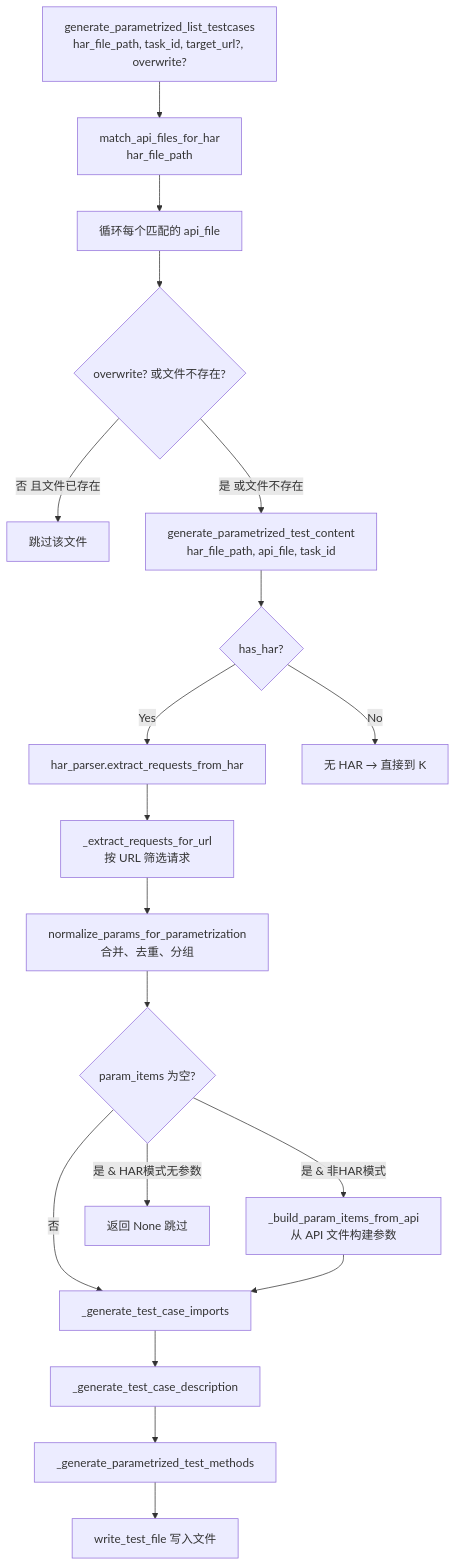
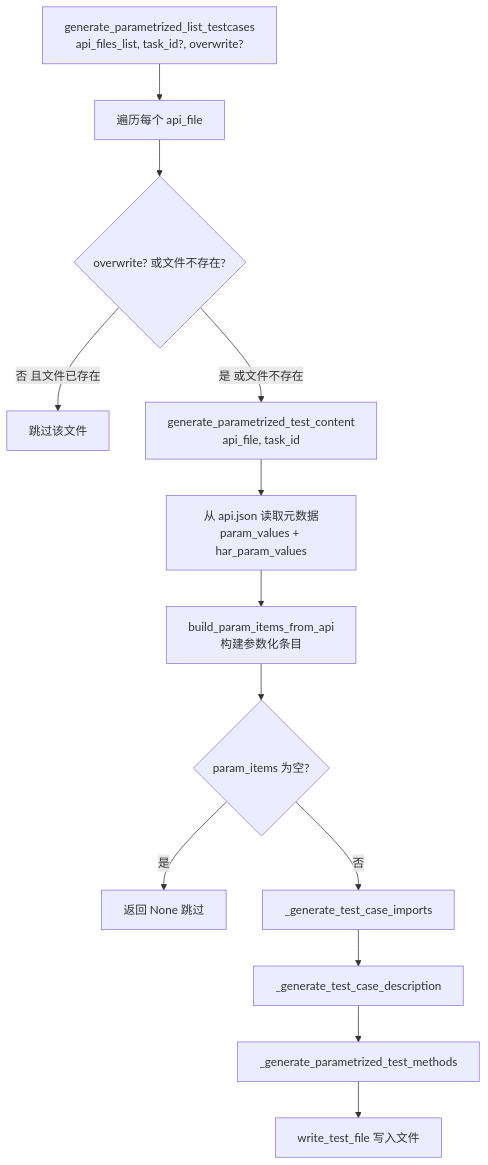
The first of 3 diagrams in docs/testcase_generation_modes.md (hewei198711/har2pytest), drawn with Mermaid before and after one commit. The commit also changed other lines of this file and 47 other files, not shown here.

Commit message:
测试用例生成器模块化重构：拆分为 param_builder/parametrized_codegen/scenario_codegen/time_pair/utils 五个协作模块 HAR 元数据体系完善：har_params 源头补齐、har_time_pairs 时间对元数据 时间参数动态计算：无 Swagger 场景 datetime 动态计算，方法体时间参数置 "" --overwrite 语义简化：整文件覆盖，不再复用旧 constant_params test_0 应用 constant_params：探测请求与参数化方法体取同一基准

````diff
--- a/docs/testcase_generation_modes.md
+++ b/docs/testcase_generation_modes.md
@@ -23,21 +23,15 @@
 ```mermaid
 flowchart TD
-    A[generate_parametrized_list_testcases<br/>har_file_path, task_id, target_url?, overwrite?] --> B[match_api_files_for_har<br/>har_file_path]
-    B --> C[循环每个匹配的 api_file]
-    C --> D{overwrite? 或文件不存在?}
-    D -->|否 且文件已存在| E[跳过该文件]
-    D -->|是 或文件不存在| F[generate_parametrized_test_content<br/>har_file_path, api_file, task_id]
-    F --> G{has_har?}
-    G -->|Yes| H[har_parser.extract_requests_from_har]
-    H --> I[_extract_requests_for_url<br/>按 URL 筛选请求]
-    I --> J[normalize_params_for_parametrization<br/>合并、去重、分组]
-    J --> K{param_items 为空?}
-    G -->|No| L[无 HAR → 直接到 K]
-    K -->|是 & 非HAR模式| M[_build_param_items_from_api<br/>从 API 文件构建参数]
-    K -->|是 & HAR模式无参数| N[返回 None 跳过]
-    K -->|否| O[_generate_test_case_imports]
-    M --> O
-    O --> P[_generate_test_case_description]
-    P --> R[_generate_parametrized_test_methods]
-    R --> S[write_test_file 写入文件]
+    A[generate_parametrized_list_testcases<br/>api_files_list, task_id?, overwrite?] --> B[遍历每个 api_file]
+    B --> C{overwrite? 或文件不存在?}
+    C -->|否 且文件已存在| D[跳过该文件]
+    C -->|是 或文件不存在| E[generate_parametrized_test_content<br/>api_file, task_id]
+    E --> F[从 api.json 读取元数据<br/>param_values + har_param_values]
+    F --> G[build_param_items_from_api<br/>构建参数化条目]
+    G --> H{param_items 为空?}
+    H -->|是| I[返回 None 跳过]
+    H -->|否| J[_generate_test_case_imports]
+    J --> K[_generate_test_case_description]
+    K --> L[_generate_parametrized_test_methods]
+    L --> M[write_test_file 写入文件]
 ```
````
